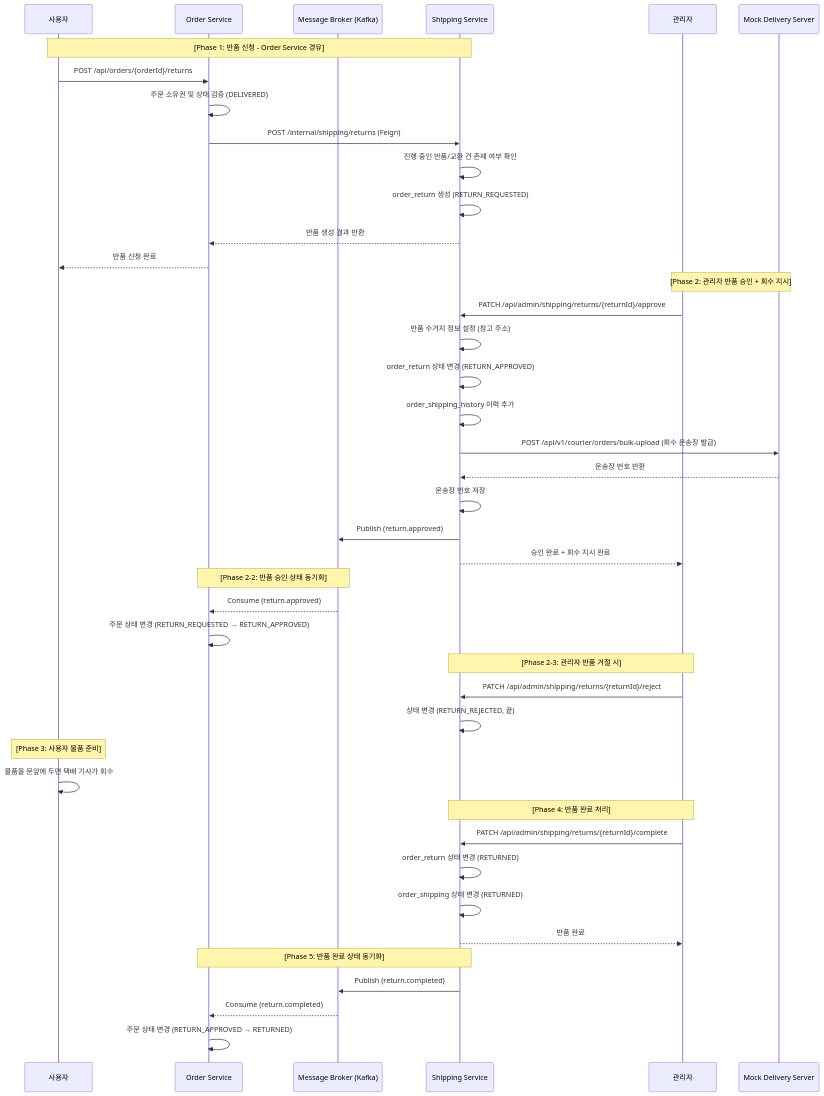
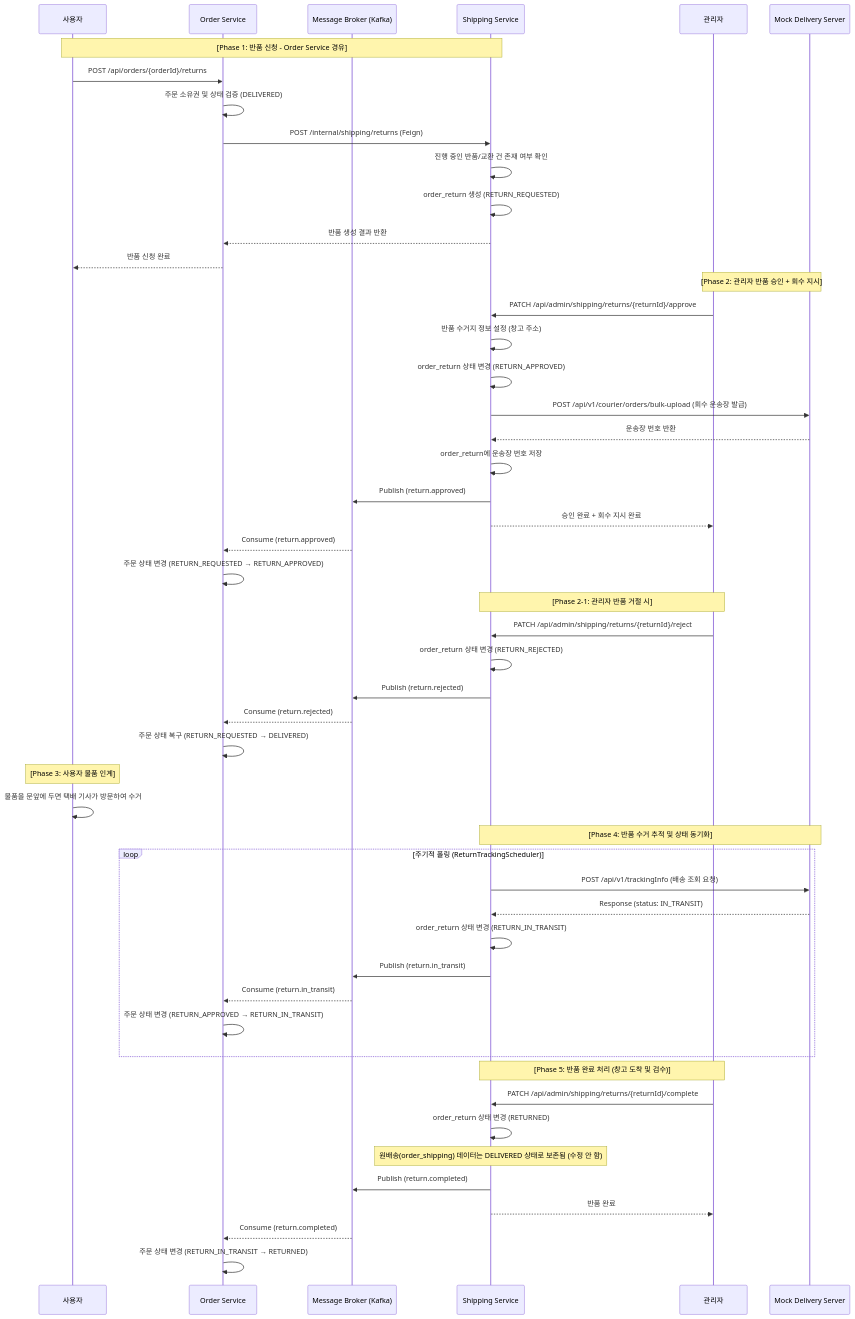
The third of 4 diagrams in service/shipping-service/README.md (gr1993/ecommerce-msa), drawn with Mermaid before and after one commit. The commit also changed other lines of this file and 1 other file, not shown here.

Commit message:
fix(shipping): 반품 승인 로직에서 원주문(order_shipping) 변경 로직 제거

````diff
--- a/service/shipping-service/README.md
+++ b/service/shipping-service/README.md
@@ -144,51 +145,61 @@
 ```mermaid
 sequenceDiagram
     participant User as 사용자
     participant Order as Order Service
     participant Broker as Message Broker (Kafka)
     participant Ship as Shipping Service
     participant Admin as 관리자
     participant Mock as Mock Delivery Server
 
     Note over User, Ship: [Phase 1: 반품 신청 - Order Service 경유]
     User->>Order: POST /api/orders/{orderId}/returns
     Order->>Order: 주문 소유권 및 상태 검증 (DELIVERED)
     Order->>Ship: POST /internal/shipping/returns (Feign)
     Ship->>Ship: 진행 중인 반품/교환 건 존재 여부 확인
     Ship->>Ship: order_return 생성 (RETURN_REQUESTED)
     Ship-->>Order: 반품 생성 결과 반환
     Order-->>User: 반품 신청 완료
 
     Note over Admin, Mock: [Phase 2: 관리자 반품 승인 + 회수 지시]
     Admin->>Ship: PATCH /api/admin/shipping/returns/{returnId}/approve
     Ship->>Ship: 반품 수거지 정보 설정 (창고 주소)
     Ship->>Ship: order_return 상태 변경 (RETURN_APPROVED)
-    Ship->>Ship: order_shipping_history 이력 추가
     Ship->>Mock: POST /api/v1/courier/orders/bulk-upload (회수 운송장 발급)
     Mock-->>Ship: 운송장 번호 반환
-    Ship->>Ship: 운송장 번호 저장
+    Ship->>Ship: order_return에 운송장 번호 저장
     Ship->>Broker: Publish (return.approved)
     Ship-->>Admin: 승인 완료 + 회수 지시 완료
-
-    Note over Broker, Order: [Phase 2-2: 반품 승인 상태 동기화]
     Broker-->>Order: Consume (return.approved)
     Order->>Order: 주문 상태 변경 (RETURN_REQUESTED → RETURN_APPROVED)
 
-    Note over Admin, Ship: [Phase 2-3: 관리자 반품 거절 시]
+    Note over Admin, Ship: [Phase 2-1: 관리자 반품 거절 시]
     Admin->>Ship: PATCH /api/admin/shipping/returns/{returnId}/reject
-    Ship->>Ship: 상태 변경 (RETURN_REJECTED, 끝)
+    Ship->>Ship: order_return 상태 변경 (RETURN_REJECTED)
+    Ship->>Broker: Publish (return.rejected)
+    Broker-->>Order: Consume (return.rejected)
+    Order->>Order: 주문 상태 복구 (RETURN_REQUESTED → DELIVERED)
 
-    Note over User: [Phase 3: 사용자 물품 준비]
-    User->>User: 물품을 문앞에 두면 택배 기사가 회수
+    Note over User: [Phase 3: 사용자 물품 인계]
+    User->>User: 물품을 문앞에 두면 택배 기사가 방문하여 수거
 
-    Note over Admin, Ship: [Phase 4: 반품 완료 처리]
+    Note over Ship, Mock: [Phase 4: 반품 수거 추적 및 상태 동기화]
+    loop 주기적 폴링 (ReturnTrackingScheduler)
+        Ship->>Mock: POST /api/v1/trackingInfo (배송 조회 요청)
+        Mock-->>Ship: Response (status: IN_TRANSIT)
+        
+        Ship->>Ship: order_return 상태 변경 (RETURN_IN_TRANSIT)
+        Ship->>Broker: Publish (return.in_transit)
+        Broker-->>Order: Consume (return.in_transit)
+        Order->>Order: 주문 상태 변경 (RETURN_APPROVED → RETURN_IN_TRANSIT)
+    end
+
+    Note over Admin, Ship: [Phase 5: 반품 완료 처리 (창고 도착 및 검수)]
     Admin->>Ship: PATCH /api/admin/shipping/returns/{returnId}/complete
     Ship->>Ship: order_return 상태 변경 (RETURNED)
-    Ship->>Ship: order_shipping 상태 변경 (RETURNED)
+    Note over Ship: 원배송(order_shipping) 데이터는 DELIVERED 상태로 보존됨 (수정 안 함)
+    Ship->>Broker: Publish (return.completed)
     Ship-->>Admin: 반품 완료
-
-    Note over Ship, Order: [Phase 5: 반품 완료 상태 동기화]
-    Ship->>Broker: Publish (return.completed)
+    
     Broker-->>Order: Consume (return.completed)
-    Order->>Order: 주문 상태 변경 (RETURN_APPROVED → RETURNED)
+    Order->>Order: 주문 상태 변경 (RETURN_IN_TRANSIT → RETURNED)
 ```
````
